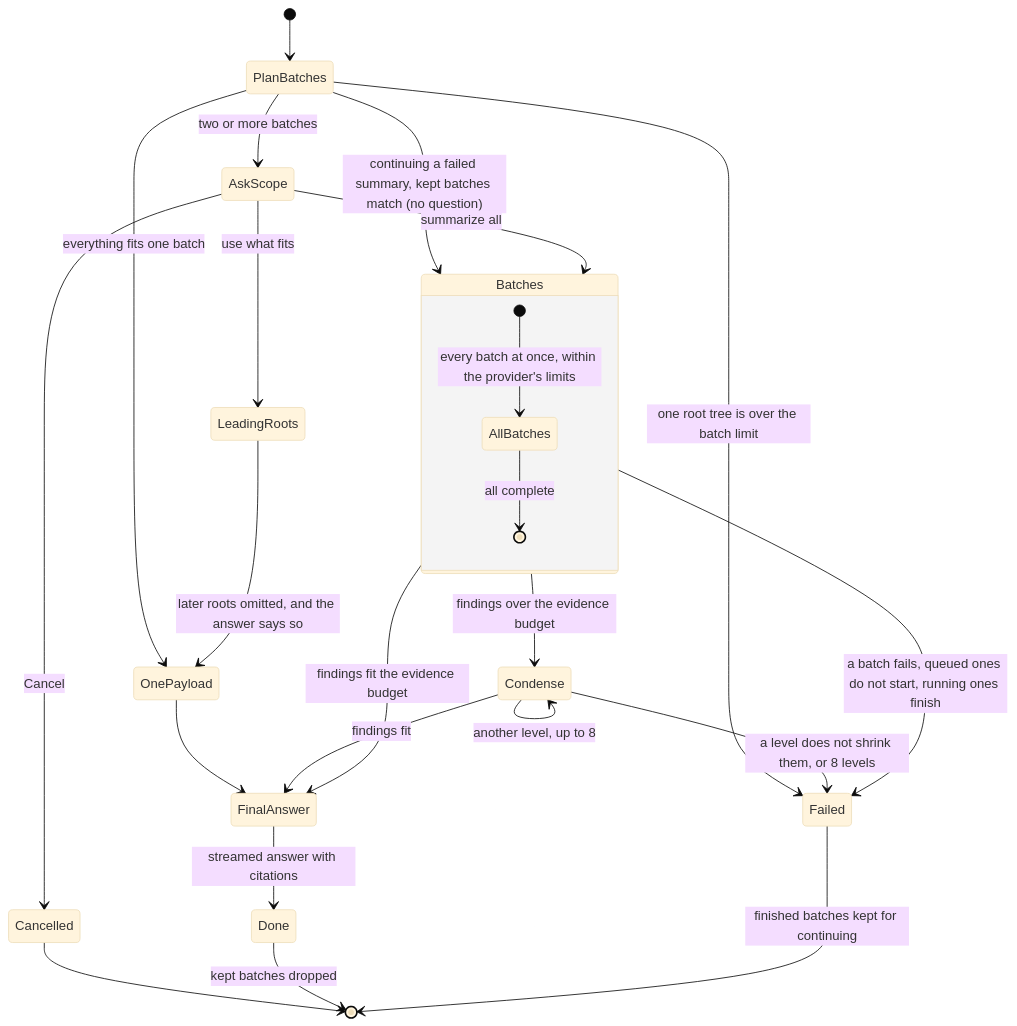
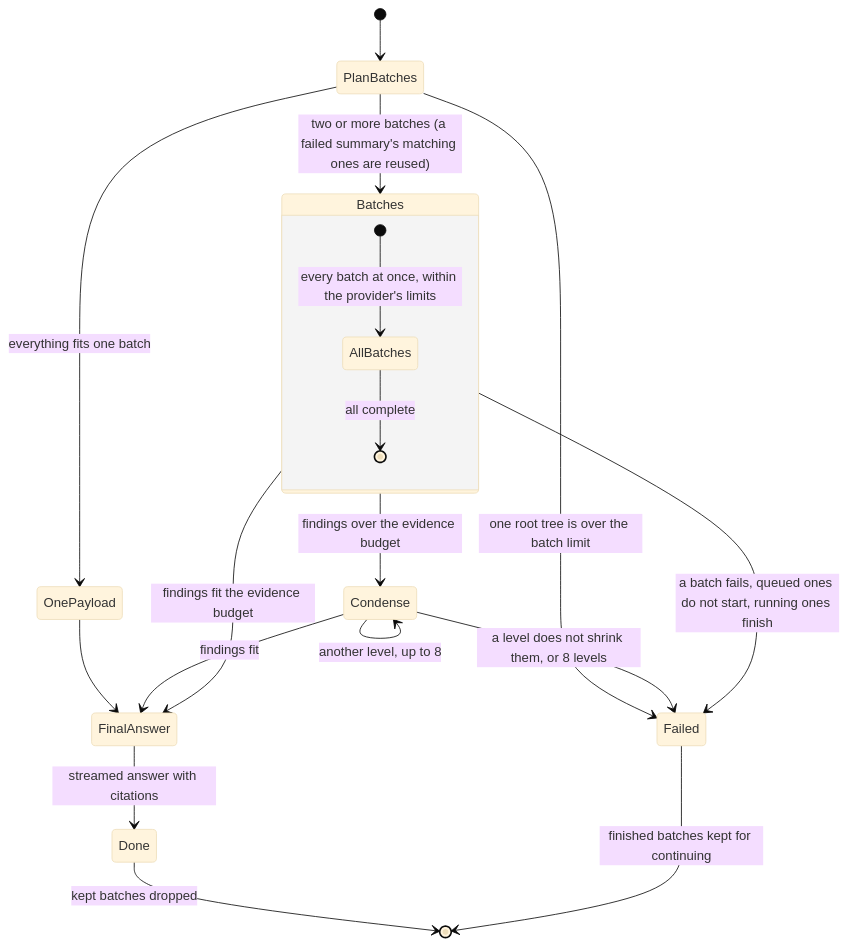
Before and after one commit to metalist-app/metalist: the diagram in docs/diagrams/agent-view-summary.mmd, drawn with Mermaid (base theme). The commit also changed 39 other files, not shown here.

```diff
--- a/docs/diagrams/agent-view-summary.mmd
+++ b/docs/diagrams/agent-view-summary.mmd
@@ -1,25 +1,19 @@
 stateDiagram-v2
     [*] --> PlanBatches
     PlanBatches --> Failed : one root tree is over the batch limit
     PlanBatches --> OnePayload : everything fits one batch
-    PlanBatches --> AskScope : two or more batches
-    PlanBatches --> Batches : continuing a failed summary, kept batches match (no question)
-    AskScope --> Cancelled : Cancel
-    AskScope --> LeadingRoots : use what fits
-    AskScope --> Batches : summarize all
-    LeadingRoots --> OnePayload : later roots omitted, and the answer says so
+    PlanBatches --> Batches : two or more batches (a failed summary's matching ones are reused)
     OnePayload --> FinalAnswer
     state Batches {
         [*] --> AllBatches : every batch at once, within the provider's limits
         AllBatches --> [*] : all complete
     }
     Batches --> Failed : a batch fails, queued ones do not start, running ones finish
     Batches --> FinalAnswer : findings fit the evidence budget
     Batches --> Condense : findings over the evidence budget
     Condense --> Condense : another level, up to 8
     Condense --> FinalAnswer : findings fit
     Condense --> Failed : a level does not shrink them, or 8 levels
     FinalAnswer --> Done : streamed answer with citations
-    Cancelled --> [*]
     Done --> [*] : kept batches dropped
     Failed --> [*] : finished batches kept for continuing
```
